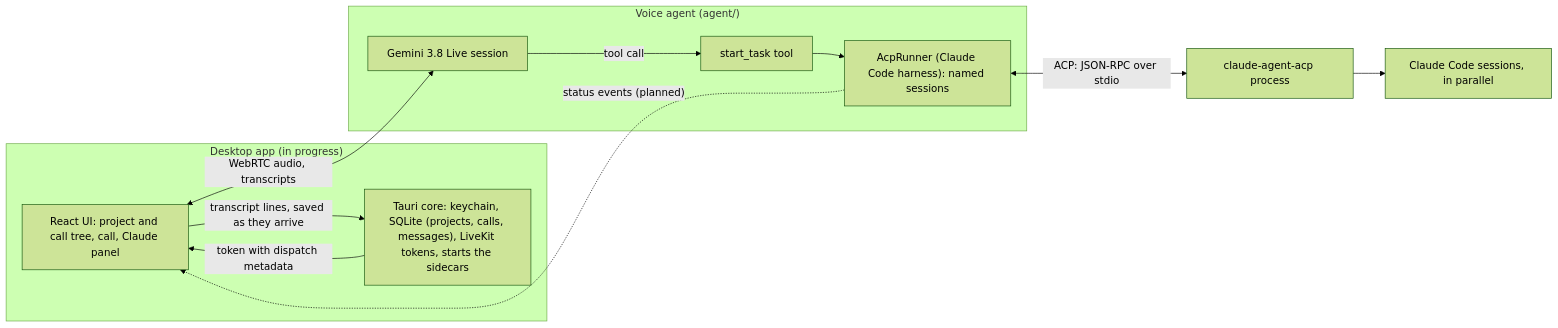
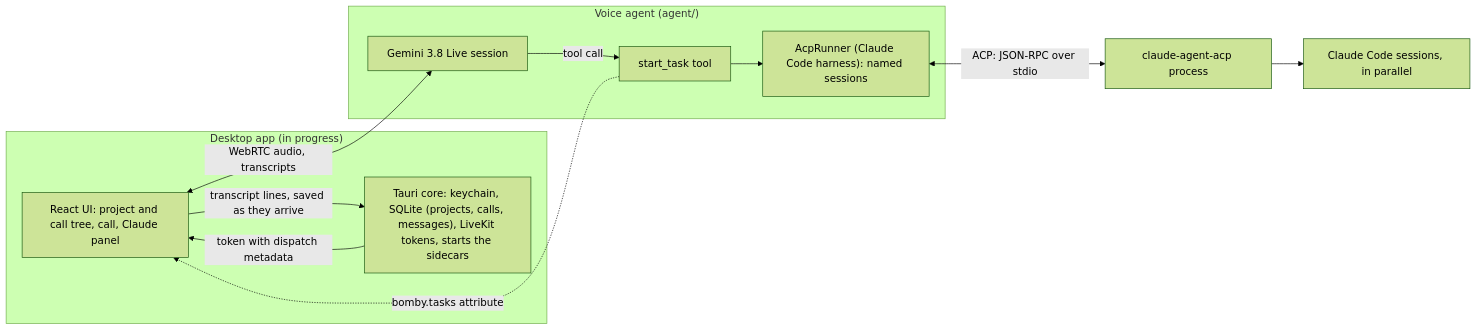
The diagram in docs/architecture.md (bomby-app/bomby), drawn with Mermaid (forest theme) before and after one commit. The commit also changed 14 other files, not shown here.

````diff
--- a/docs/architecture.md
+++ b/docs/architecture.md
@@ -16,23 +16,23 @@
 ```mermaid
 flowchart LR
   subgraph App["Desktop app (in progress)"]
     UI["React UI: project and call tree, call, Claude panel"]
     Core["Tauri core: keychain, SQLite (projects, calls, messages), LiveKit tokens, starts the sidecars"]
   end
   subgraph Agent["Voice agent (agent/)"]
     Gemini["Gemini 3.8 Live session"]
     Tool["start_task tool"]
     Runner["AcpRunner (Claude Code harness): named sessions"]
   end
   ACP["claude-agent-acp process"]
   Claude["Claude Code sessions, in parallel"]
 
   Core -- "token with dispatch metadata" --> UI
   UI -- "transcript lines, saved as they arrive" --> Core
   UI <-- "WebRTC audio, transcripts" --> Gemini
   Gemini -- "tool call" --> Tool
   Tool --> Runner
   Runner <-- "ACP: JSON-RPC over stdio" --> ACP
   ACP --> Claude
-  Runner -. "status events (planned)" .-> UI
+  Tool -. "bomby.tasks attribute" .-> UI
 ```
````
